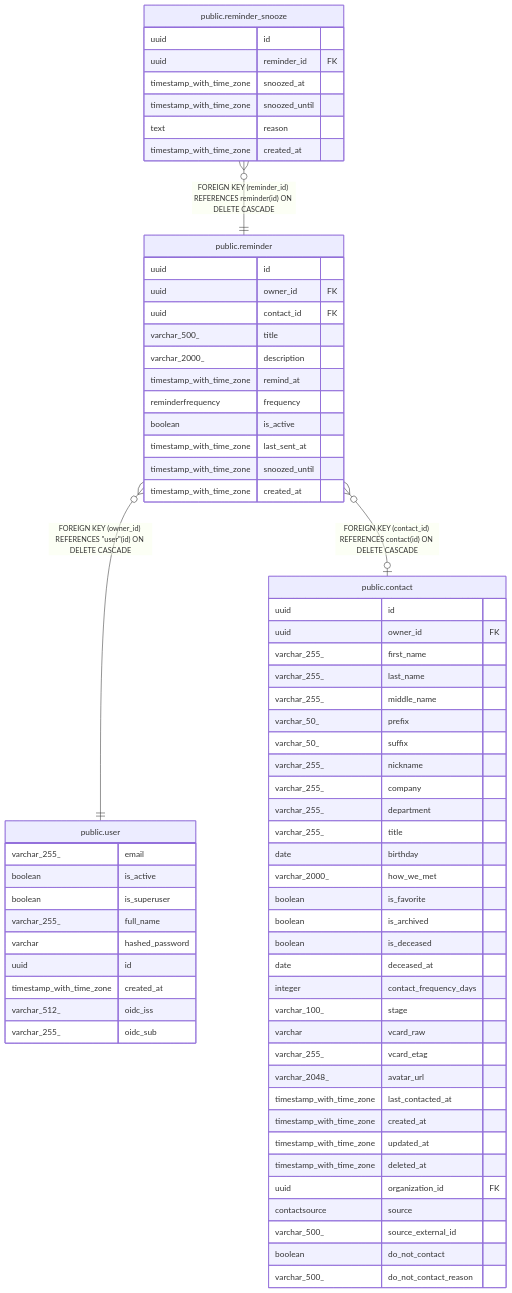
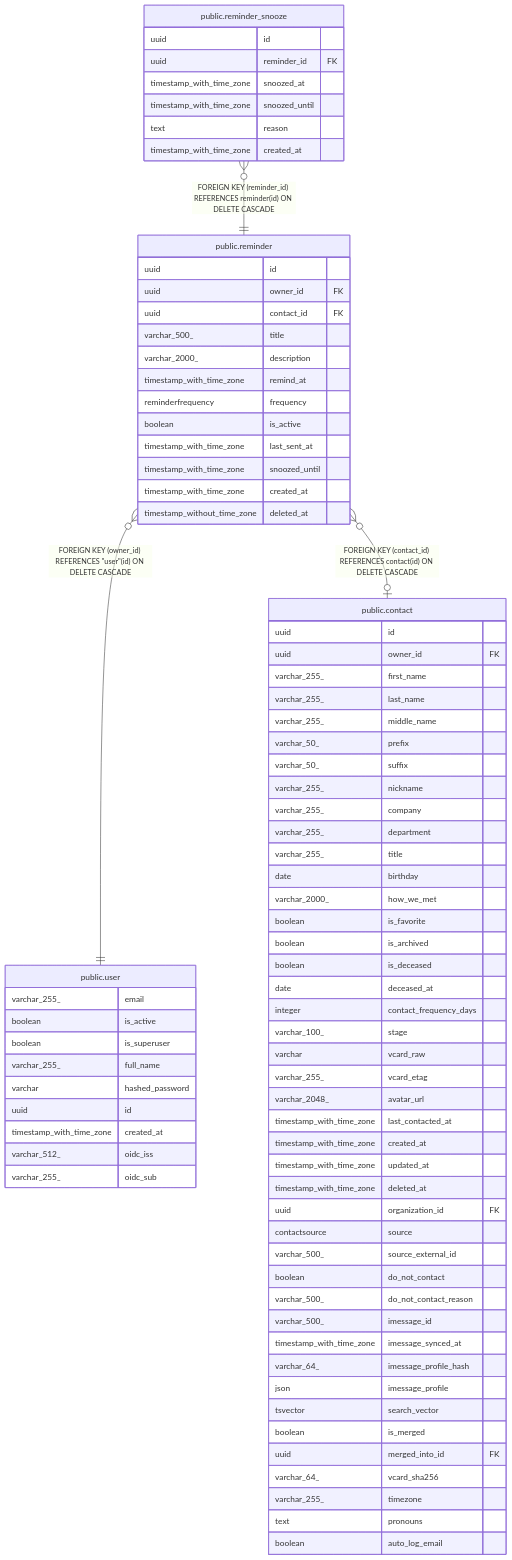
The diagram in docs/db/public.reminder.md (pike00/Kindred), drawn with Mermaid before and after one commit. The commit also changed other lines of this file and 32 other files, not shown here.

Commit message:
docs: regenerate db schema docs (tbls) — sync with live schema

````diff
--- a/docs/db/public.reminder.md
+++ b/docs/db/public.reminder.md
@@ -66,6 +68,7 @@
   timestamp_with_time_zone last_sent_at
   timestamp_with_time_zone snoozed_until
   timestamp_with_time_zone created_at
+  timestamp_without_time_zone deleted_at
 }
 "public.reminder_snooze" {
   uuid id
@@ -118,5 +121,16 @@
   varchar_500_ source_external_id
   boolean do_not_contact
   varchar_500_ do_not_contact_reason
+  varchar_500_ imessage_id
+  timestamp_with_time_zone imessage_synced_at
+  varchar_64_ imessage_profile_hash
+  json imessage_profile
+  tsvector search_vector
+  boolean is_merged
+  uuid merged_into_id FK
+  varchar_64_ vcard_sha256
+  varchar_255_ timezone
+  text pronouns
+  boolean auto_log_email
 }
 ```
````
